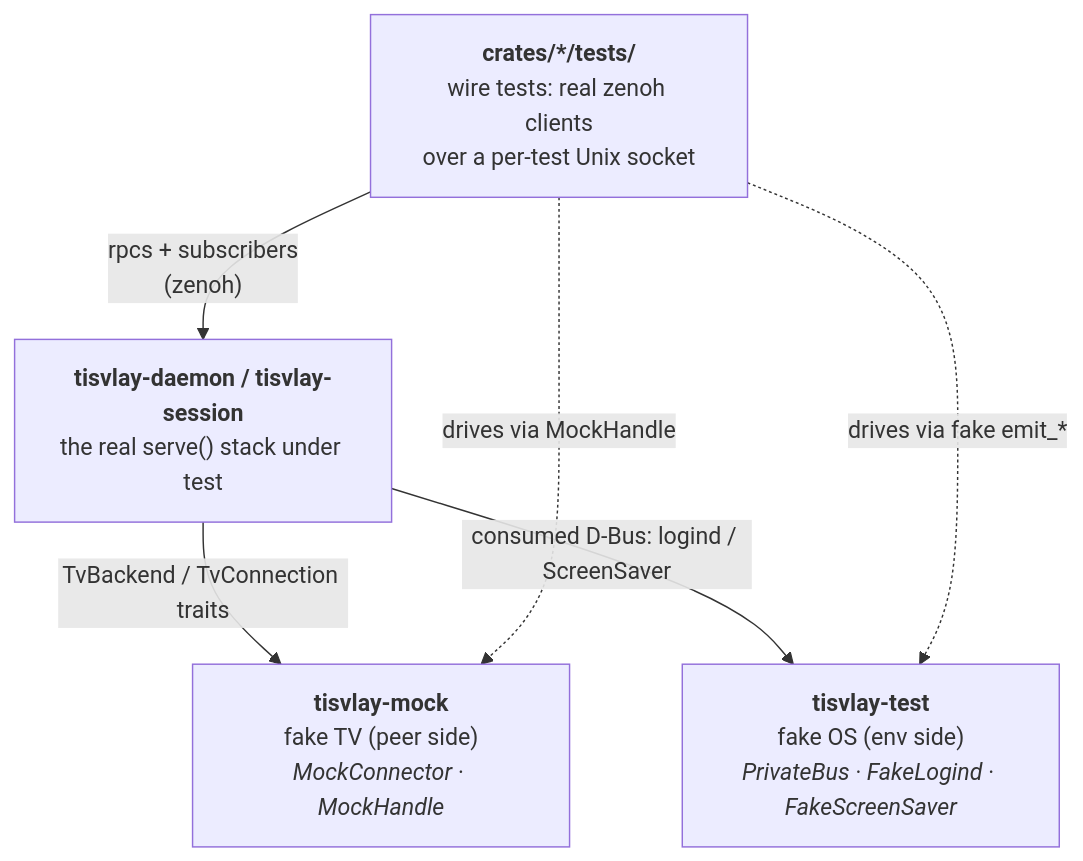
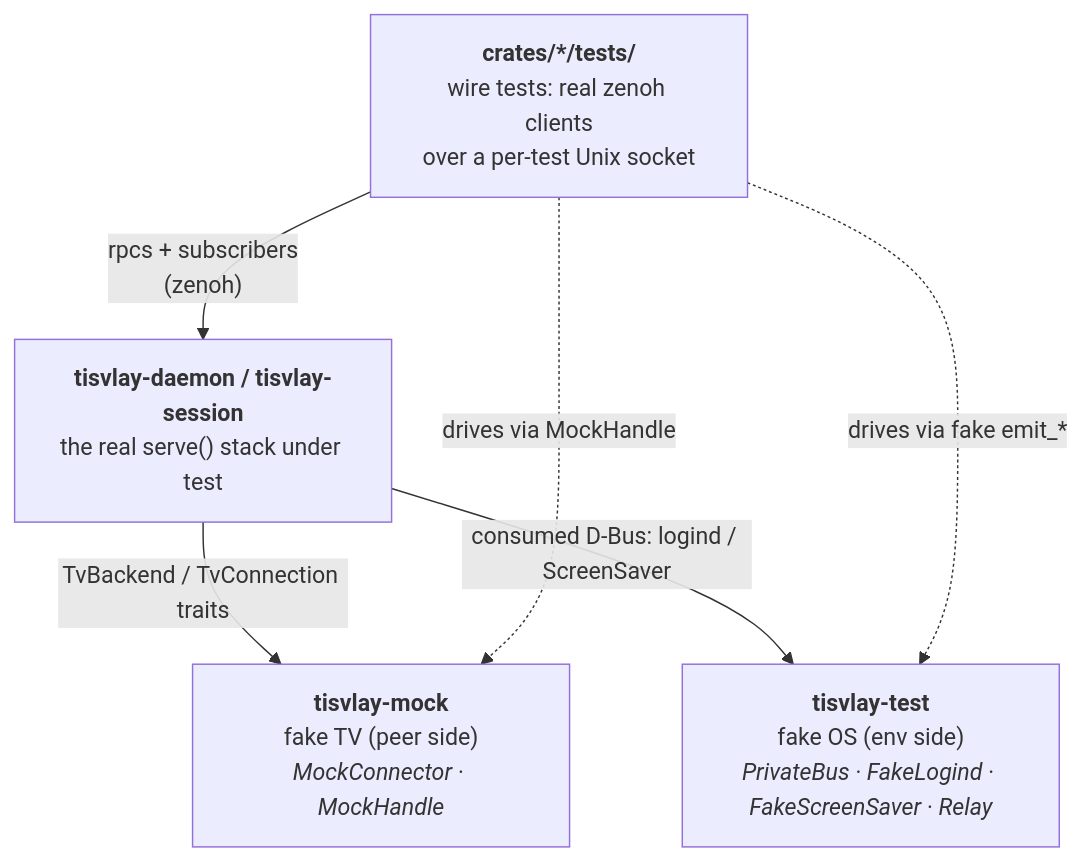
One commit to TisVlay/TisVlay changed the fourth of 5 diagrams in docs/testing.md. Above: the diagram before and after it, drawn with Mermaid. The commit also changed other lines of this file and 12 other files, not shown here.

````diff
--- a/docs/testing.md
+++ b/docs/testing.md
@@ -287,13 +287,13 @@
 ```mermaid
 flowchart TD
     W["<b>crates/*/tests/</b><br/>wire tests: real zenoh clients<br/>over a per-test Unix socket"]
     D["<b>tisvlay-daemon / tisvlay-session</b><br/>the real serve() stack under test"]
     M["<b>tisvlay-mock</b><br/>fake TV (peer side)<br/><i>MockConnector · MockHandle</i>"]
-    T["<b>tisvlay-test</b><br/>fake OS (env side)<br/><i>PrivateBus · FakeLogind · FakeScreenSaver</i>"]
+    T["<b>tisvlay-test</b><br/>fake OS (env side)<br/><i>PrivateBus · FakeLogind · FakeScreenSaver · Relay</i>"]
 
     W -->|"rpcs + subscribers<br/>(zenoh)"| D
     D -->|"TvBackend / TvConnection traits"| M
     D -->|"consumed D-Bus: logind / ScreenSaver"| T
     W -.->|"drives via MockHandle"| M
     W -.->|"drives via fake emit_*"| T
 ```
````
